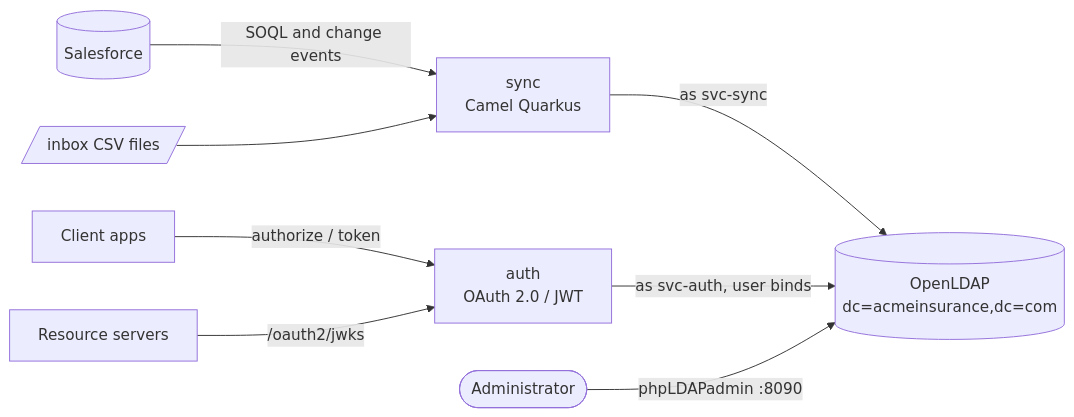
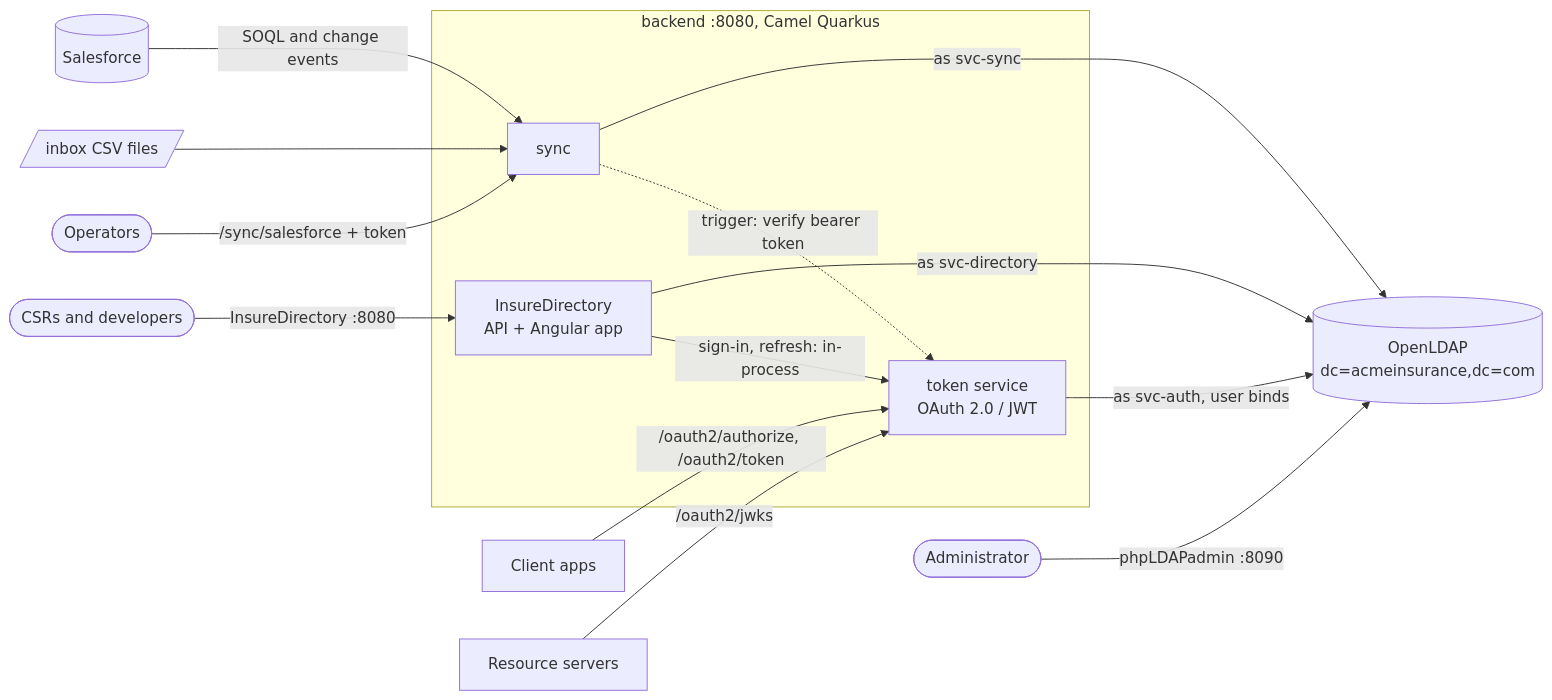
One commit to willmorejg/sf-ldap-sync changed the diagram in docs/index.md. Above: the diagram before and after it, drawn with Mermaid. The commit also changed other lines of this file and 206 other files, not shown here.

First line of the commit message:
Remove Gradle build files and Quarkus application code - added custom frontend application and consolidated Quarkus apps.

````diff
--- a/docs/index.md
+++ b/docs/index.md
@@ -39,10 +44,20 @@
 ```mermaid
 flowchart LR
     SF[(Salesforce)] -->|SOQL and change events| Sync
     Inbox[/inbox CSV files/] --> Sync
-    Sync[sync<br/>Camel Quarkus] -->|as svc-sync| LDAP[(OpenLDAP<br/>dc=acmeinsurance,dc=com)]
-    Auth[auth<br/>OAuth 2.0 / JWT] -->|as svc-auth, user binds| LDAP
-    Apps[Client apps] -->|authorize / token| Auth
+    subgraph Backend["backend :8080, Camel Quarkus"]
+        Sync[sync]
+        Auth[token service<br/>OAuth 2.0 / JWT]
+        Dir[InsureDirectory<br/>API + Angular app]
+    end
+    Sync -->|as svc-sync| LDAP[(OpenLDAP<br/>dc=acmeinsurance,dc=com)]
+    Auth -->|as svc-auth, user binds| LDAP
+    Dir -->|as svc-directory| LDAP
+    Dir -->|sign-in, refresh: in-process| Auth
+    Sync -.->|trigger: verify bearer token| Auth
+    Apps[Client apps] -->|/oauth2/authorize, /oauth2/token| Auth
     APIs[Resource servers] -->|/oauth2/jwks| Auth
+    Ops([Operators]) -->|/sync/salesforce + token| Sync
     Admin([Administrator]) -->|phpLDAPadmin :8090| LDAP
+    CSR([CSRs and developers]) -->|InsureDirectory :8080| Dir
 ```
````
